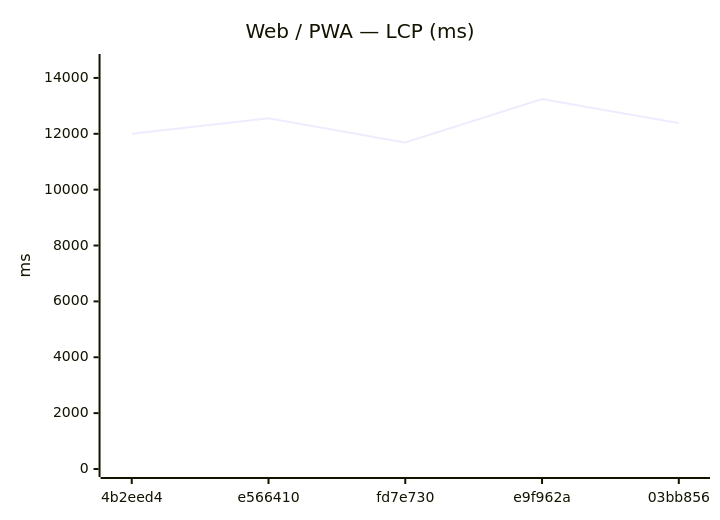
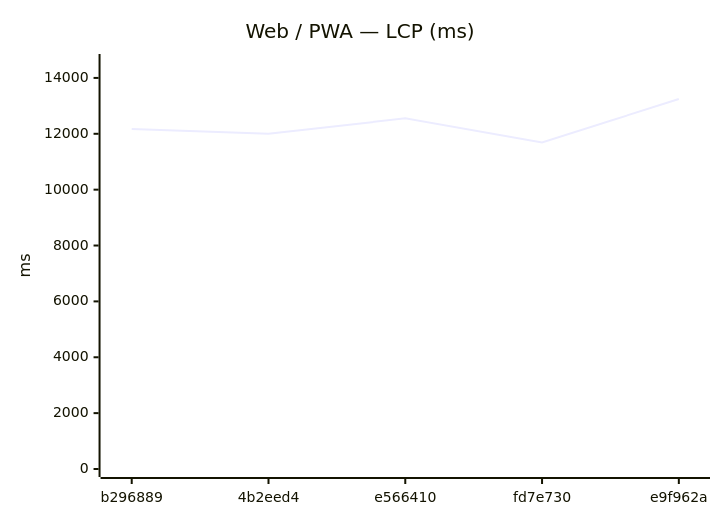
Before and after one commit to Metaheurist/Rianell: the seventh of 18 diagrams in benchmarks/compare.md, drawn with Mermaid. The commit also changed other lines of this file and 11 other files, not shown here.

````diff
--- a/benchmarks/compare.md
+++ b/benchmarks/compare.md
@@ -117,7 +117,7 @@
 ```mermaid
 xychart-beta
     title "Web / PWA — LCP (ms)"
-    x-axis ["4b2eed4", "e566410", "fd7e730", "e9f962a", "03bb856"]
+    x-axis ["b296889", "4b2eed4", "e566410", "fd7e730", "e9f962a"]
     y-axis "ms" 0 --> 14570
-    line [11999, 12553, 11687, 13245, 12382]
+    line [12168, 11999, 12553, 11687, 13245]
 ```
````
